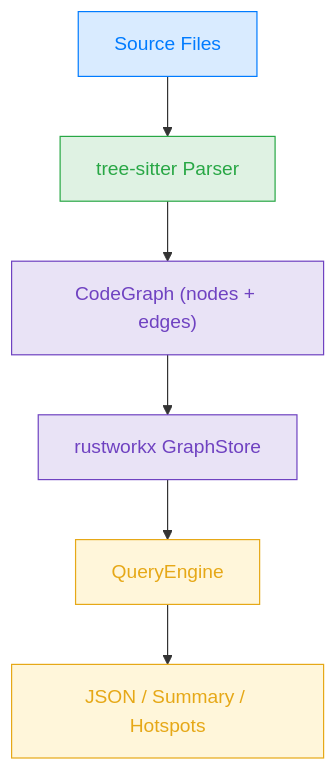
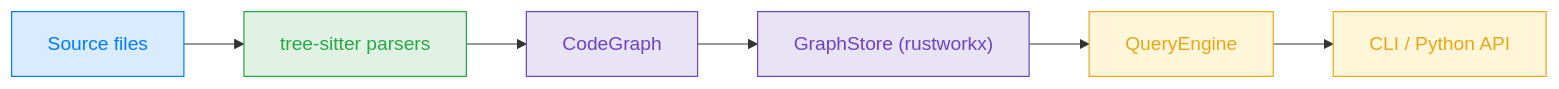
One commit to tektite-io/trailmark changed the first of 2 diagrams in README.md. Above: the diagram before and after it, drawn with Mermaid. The commit also changed other lines of this file and 39 other files, not shown here.

````diff
--- a/README.md
+++ b/README.md
@@ -14,18 +112,18 @@
 ```mermaid
-flowchart TD
-    A["Source Files"] --> B["tree-sitter Parser"]
-    B --> C["CodeGraph (nodes + edges)"]
-    C --> D["rustworkx GraphStore"]
+flowchart LR
+    A["Source files"] --> B["tree-sitter parsers"]
+    B --> C["CodeGraph"]
+    C --> D["GraphStore (rustworkx)"]
     D --> E["QueryEngine"]
-    E --> F["JSON / Summary / Hotspots"]
+    E --> F["CLI / Python API"]
 
     classDef src fill:#007bff26,stroke:#007bff,color:#007bff
     classDef parse fill:#28a74526,stroke:#28a745,color:#28a745
     classDef data fill:#6f42c126,stroke:#6f42c1,color:#6f42c1
     classDef query fill:#ffc10726,stroke:#e6a817,color:#e6a817
 
     class A src
     class B parse
     class C,D data
     class E,F query
 ```
````
